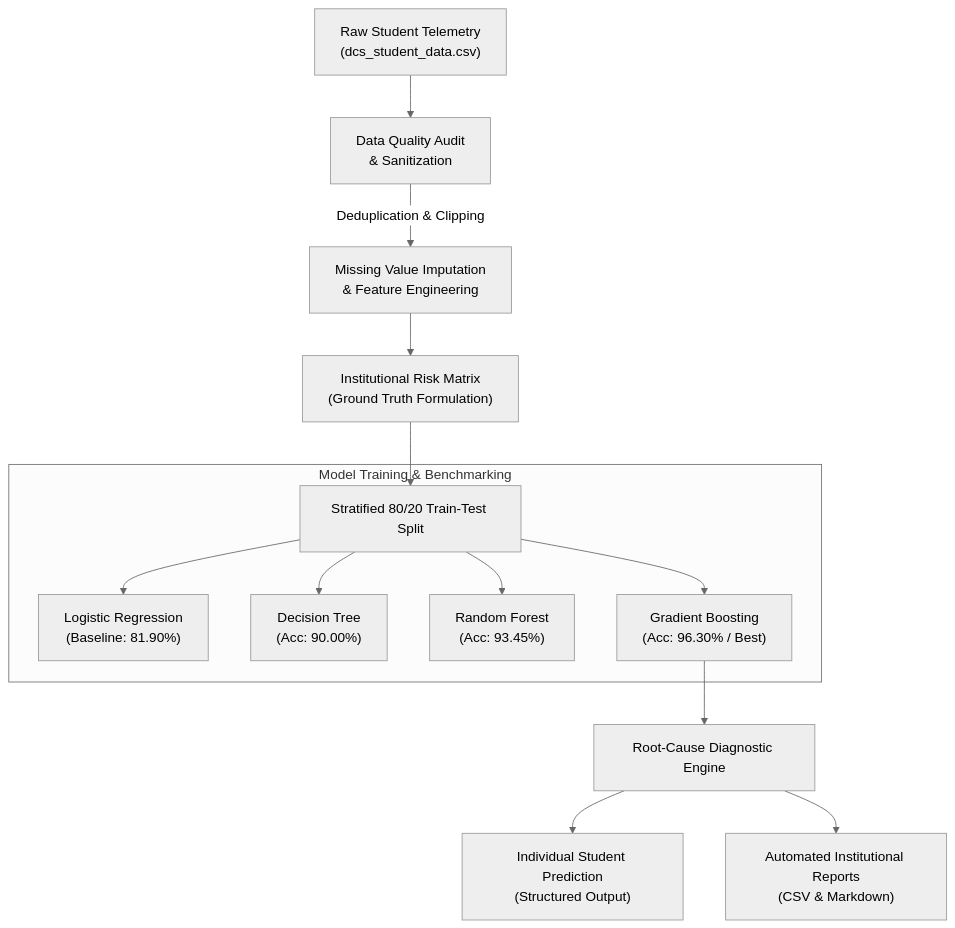
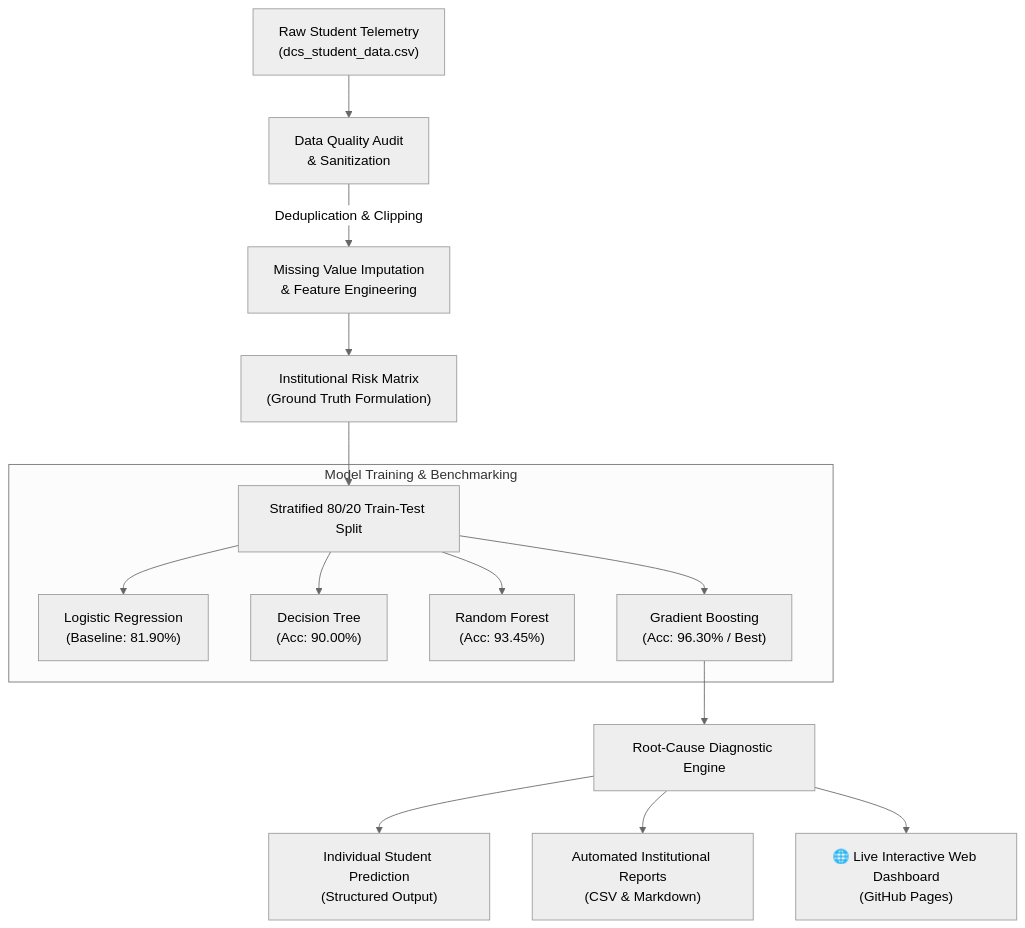
Before and after one commit to Ranker-AdhipKumar/Student-report-generation: the diagram in README.md, drawn with Mermaid (neutral theme). The commit also changed other lines of this file, not shown here.

Commit message:
docs: document live web dashboard, GitHub Pages workflow, and repository structure in README

````diff
--- a/README.md
+++ b/README.md
@@ -59,18 +81,19 @@
 ```mermaid
 flowchart TD
     A["Raw Student Telemetry<br/>(dcs_student_data.csv)"] --> B["Data Quality Audit<br/>& Sanitization"]
     B -->|Deduplication & Clipping| C["Missing Value Imputation<br/>& Feature Engineering"]
     C --> D["Institutional Risk Matrix<br/>(Ground Truth Formulation)"]
     D --> E["Stratified 80/20 Train-Test Split"]
     
     subgraph Model_Benchmarking ["Model Training & Benchmarking"]
         E --> M1["Logistic Regression<br/>(Baseline: 81.90%)"]
         E --> M2["Decision Tree<br/>(Acc: 90.00%)"]
         E --> M3["Random Forest<br/>(Acc: 93.45%)"]
         E --> M4["Gradient Boosting<br/>(Acc: 96.30% / Best)"]
     end
     
     M4 --> F["Root-Cause Diagnostic Engine"]
     F --> G["Individual Student Prediction<br/>(Structured Output)"]
     F --> H["Automated Institutional Reports<br/>(CSV & Markdown)"]
+    F --> I["🌐 Live Interactive Web Dashboard<br/>(GitHub Pages)"]
 ```
````
